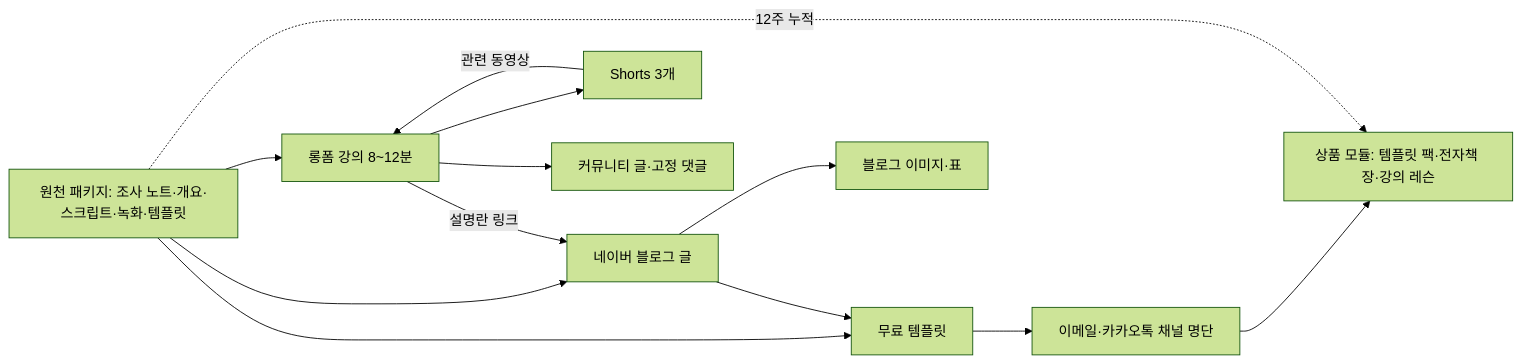
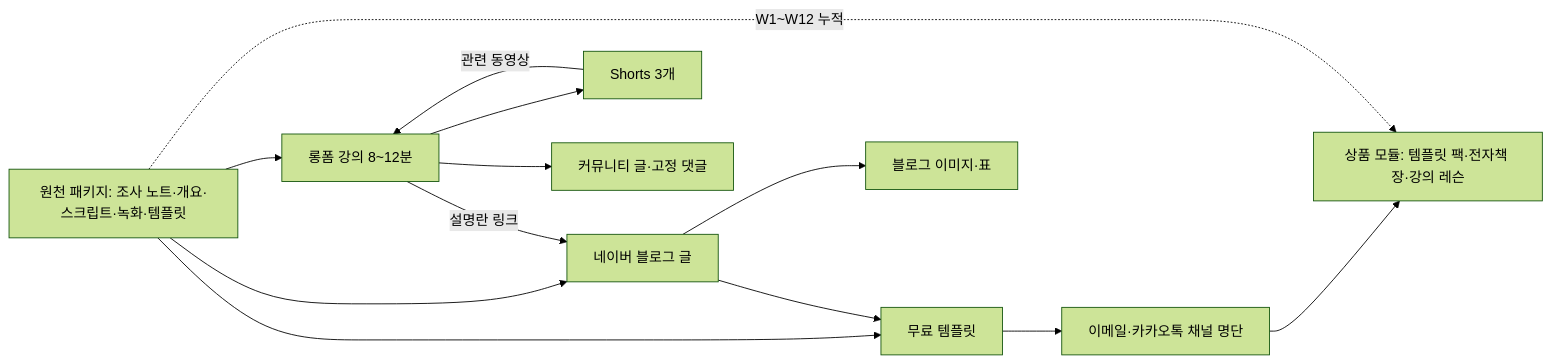
The diagram in content/creator/11-one-source-multi-use.md (linjingzhu/tech-jeongsu), drawn with Mermaid (forest theme) before and after one commit. The commit also changed other lines of this file and 3 other files, not shown here.

````diff
--- a/content/creator/11-one-source-multi-use.md
+++ b/content/creator/11-one-source-multi-use.md
@@ -29,15 +29,15 @@
 ```mermaid
 flowchart LR
     SRC["원천 패키지: 조사 노트·개요·스크립트·녹화·템플릿"] --> LF["롱폼 강의 8~12분"]
     SRC --> BP["네이버 블로그 글"]
     SRC --> TPL["무료 템플릿"]
     LF --> SH["Shorts 3개"]
     LF --> CM["커뮤니티 글·고정 댓글"]
     BP --> IMG["블로그 이미지·표"]
     SH -->|관련 동영상| LF
     LF -->|설명란 링크| BP
     BP --> TPL
     TPL --> MSG["이메일·카카오톡 채널 명단"]
     MSG --> PROD["상품 모듈: 템플릿 팩·전자책 장·강의 레슨"]
-    SRC -. 12주 누적 .-> PROD
+    SRC -. W1~W12 누적 .-> PROD
 ```
````
